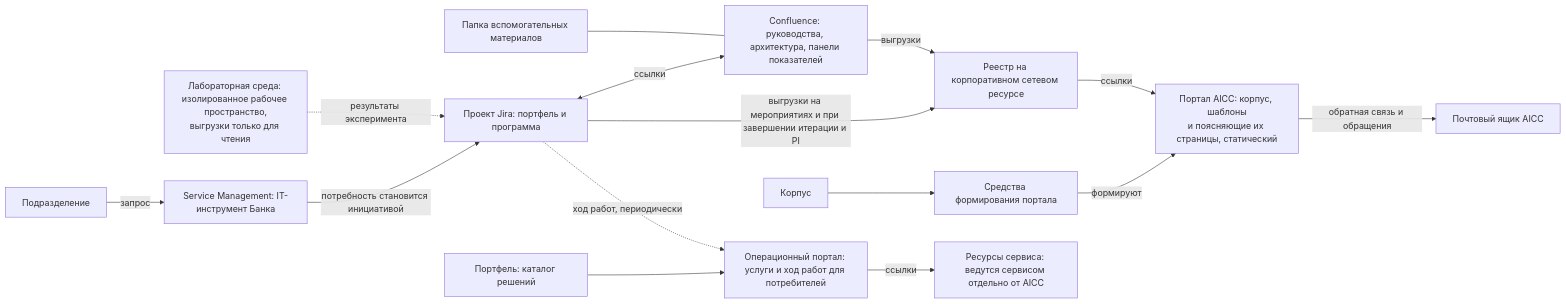
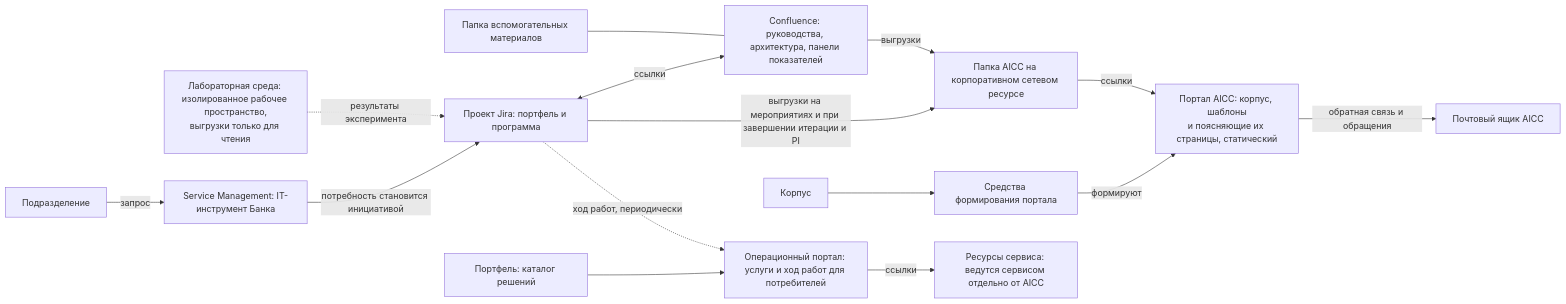
The diagram in charter/ru/workflows/collaboration-tooling.md (devhogu/ob-aicc), drawn with Mermaid before and after one commit. The commit also changed other lines of this file and 370 other files, not shown here.

````diff
--- a/charter/ru/workflows/collaboration-tooling.md
+++ b/charter/ru/workflows/collaboration-tooling.md
@@ -17,17 +17,17 @@
 ```mermaid
 flowchart LR
   F["Подразделение"] -->|"запрос"| SM["Service Management: IT-инструмент Банка"]
   SM -->|"потребность становится инициативой"| J["Проект Jira: портфель и программа"]
   J <-->|"ссылки"| C["Confluence: руководства, архитектура, панели показателей"]
   K["Папка вспомогательных материалов"] --- C
-  J -->|"выгрузки на мероприятиях и при завершении итерации и PI"| R["Реестр на корпоративном сетевом ресурсе"]
+  J -->|"выгрузки на мероприятиях и при завершении итерации и PI"| R["Папка AICC на корпоративном сетевом ресурсе"]
   C -->|"выгрузки"| R
   CH["Корпус"] --> PT["Средства формирования портала"]
   PT -->|"формируют"| AP["Портал AICC: корпус, шаблоны<br/>и поясняющие их страницы, статический"]
   R -->|"ссылки"| AP
   AP -->|"обратная связь и обращения"| MB["Почтовый ящик AICC"]
   LB["Лабораторная среда: изолированное рабочее пространство,<br/>выгрузки только для чтения"] -.->|"результаты эксперимента"| J
   P["Портфель: каталог решений"] --> OP["Операционный портал: услуги и ход работ для потребителей"]
   J -.->|"ход работ, периодически"| OP
   OP -->|"ссылки"| SP["Ресурсы сервиса: ведутся сервисом отдельно от AICC"]
 ```
````
